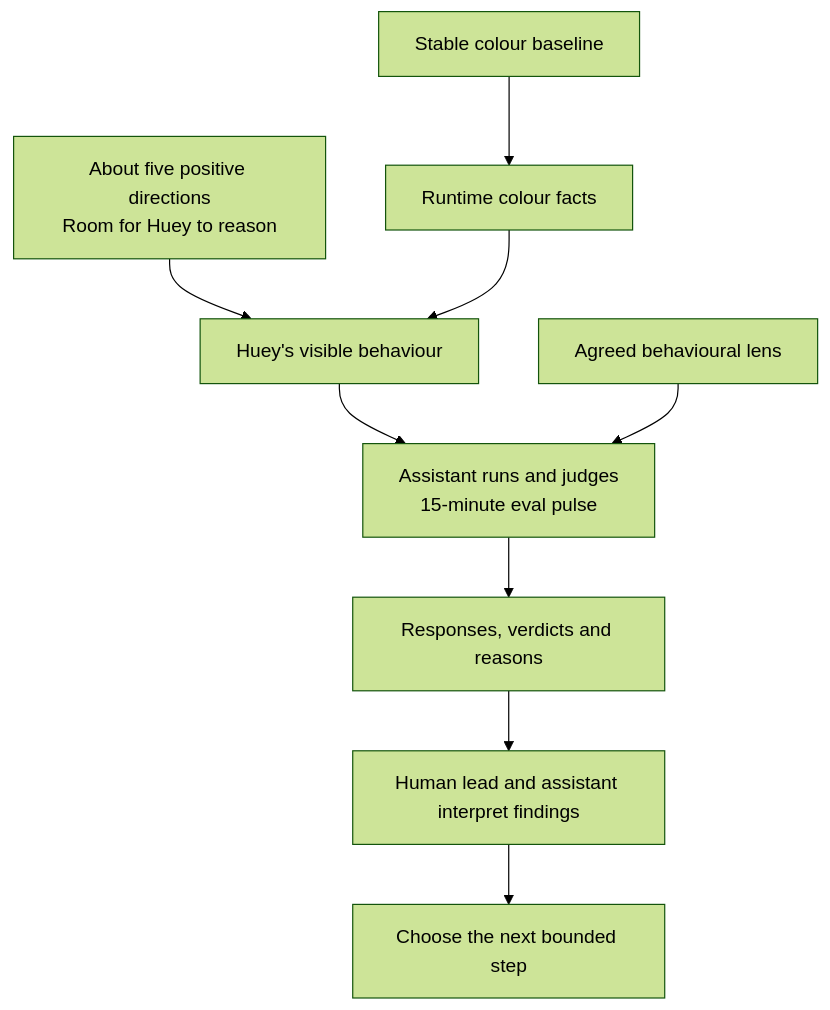
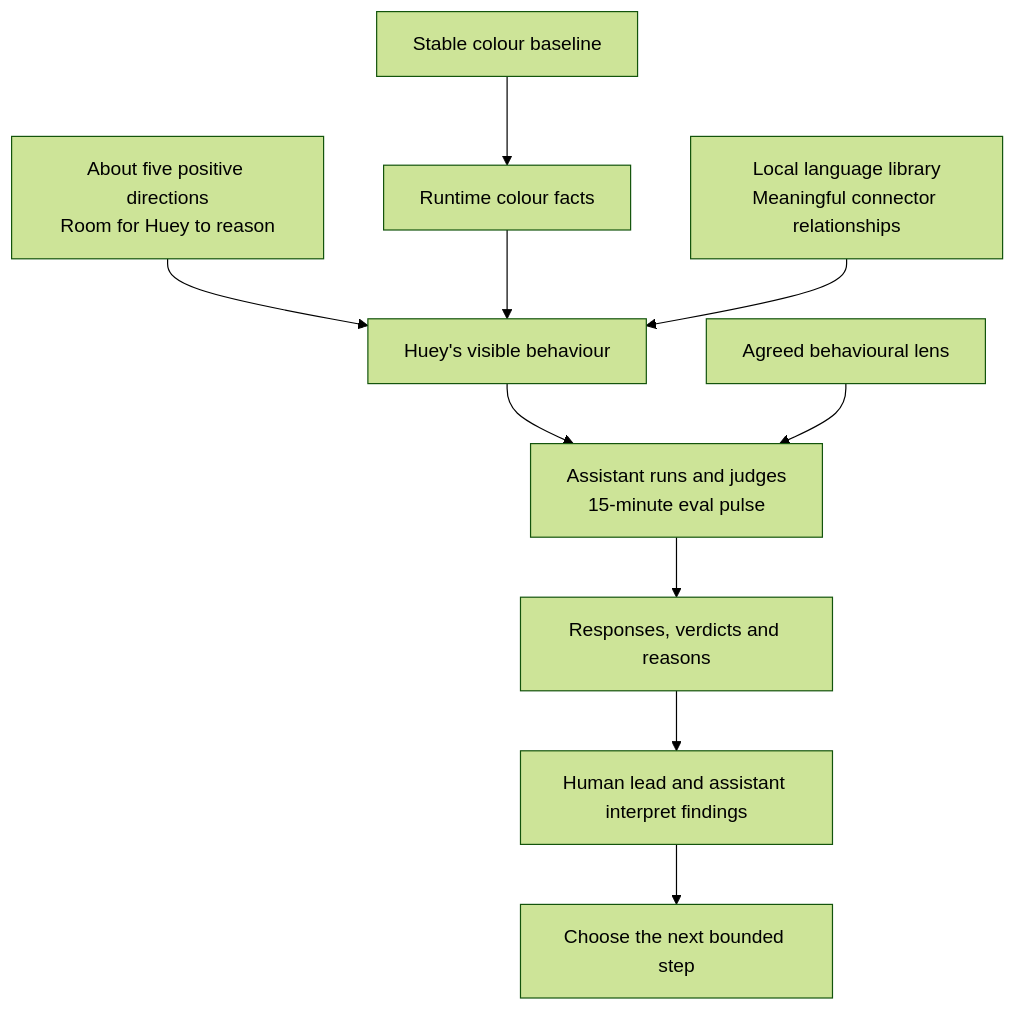
One commit to tryskian/huemiliator changed the diagram in docs/research/030_PB_BEHAVIOUR.md. Above: the diagram before and after it, drawn with Mermaid (forest theme). The commit also changed other lines of this file and 8 other files, not shown here.

Commit message:
docs: define Hue's character and local language staging (#139)

````diff
--- a/docs/research/030_PB_BEHAVIOUR.md
+++ b/docs/research/030_PB_BEHAVIOUR.md
@@ -52,11 +56,12 @@
 ```mermaid
 flowchart TD
   A["Stable colour baseline"] --> B["Runtime colour facts"]
   C["About five positive directions<br/>Room for Huey to reason"] --> D["Huey's visible behaviour"]
   B --> D
+  J["Local language library<br/>Meaningful connector relationships"] --> D
   D --> E["Assistant runs and judges<br/>15-minute eval pulse"]
   F["Agreed behavioural lens"] --> E
   E --> G["Responses, verdicts and reasons"]
   G --> H["Human lead and assistant interpret findings"]
   H --> I["Choose the next bounded step"]
 ```
````
